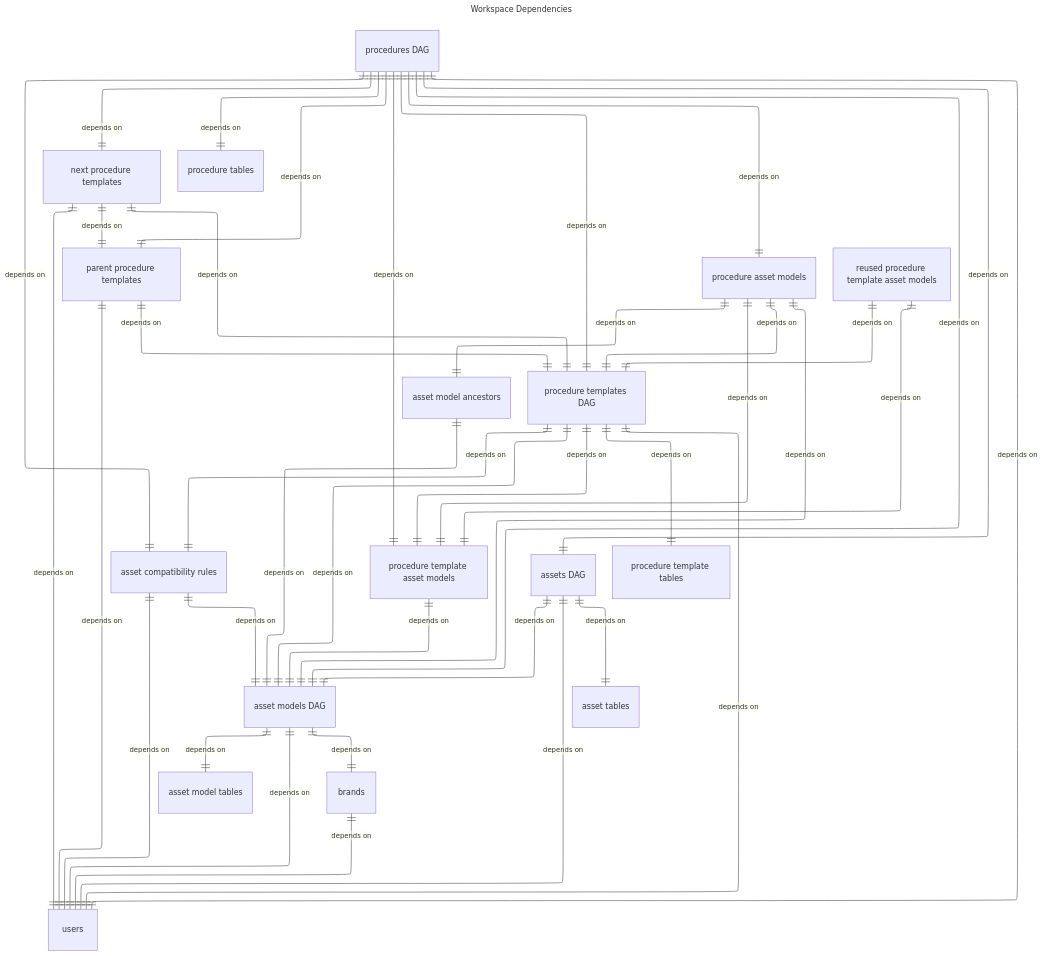
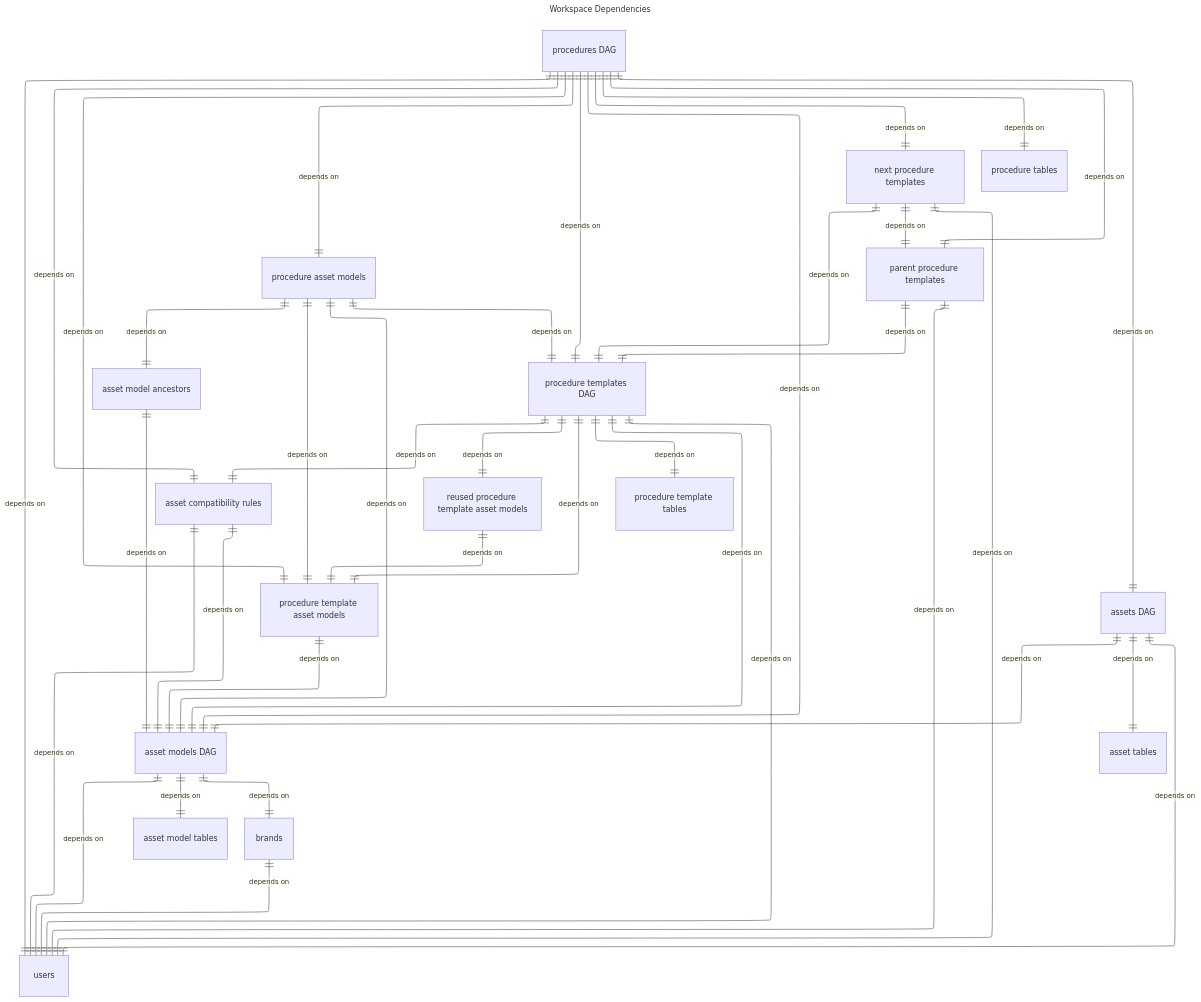
The diagram in builder/workspace_dependencies.mmd (earth-metabolome-initiative/asset-procedure-schema), drawn with Mermaid before and after one commit. The commit also changed 51 other files, not shown here.

```diff
--- a/builder/workspace_dependencies.mmd
+++ b/builder/workspace_dependencies.mmd
@@ -1,63 +1,63 @@
 ---
 config:
   layout: elk
   theme: default
   look: classic
 title: Workspace Dependencies
 ---
 erDiagram
   direction TB
   v2["asset compatibility rules"]
   v3["asset model ancestors"]
   v4["asset model tables"]
   v5["asset models DAG"]
   v6["asset tables"]
   v7["assets DAG"]
   v13["brands"]
   v59["next procedure templates"]
   v63["parent procedure templates"]
   v71["procedure asset models"]
   v72["procedure tables"]
   v73["procedure template asset models"]
   v74["procedure template tables"]
   v75["procedure templates DAG"]
   v76["procedures DAG"]
   v77["reused procedure template asset models"]
   v86["users"]
   v75 ||--|| v73 : "depends on"
+  v75 ||--|| v77 : "depends on"
   v75 ||--|| v5 : "depends on"
   v76 ||--|| v75 : "depends on"
   v76 ||--|| v71 : "depends on"
   v76 ||--|| v73 : "depends on"
   v76 ||--|| v5 : "depends on"
   v76 ||--|| v7 : "depends on"
   v2 ||--|| v5 : "depends on"
   v2 ||--|| v86 : "depends on"
   v3 ||--|| v5 : "depends on"
   v5 ||--|| v4 : "depends on"
   v5 ||--|| v86 : "depends on"
   v7 ||--|| v5 : "depends on"
   v7 ||--|| v6 : "depends on"
   v7 ||--|| v86 : "depends on"
   v75 ||--|| v2 : "depends on"
   v76 ||--|| v2 : "depends on"
   v13 ||--|| v86 : "depends on"
   v5 ||--|| v13 : "depends on"
   v59 ||--|| v63 : "depends on"
   v59 ||--|| v75 : "depends on"
   v59 ||--|| v86 : "depends on"
   v63 ||--|| v75 : "depends on"
   v63 ||--|| v86 : "depends on"
   v71 ||--|| v3 : "depends on"
   v71 ||--|| v5 : "depends on"
   v71 ||--|| v73 : "depends on"
   v71 ||--|| v75 : "depends on"
   v73 ||--|| v5 : "depends on"
   v75 ||--|| v74 : "depends on"
   v75 ||--|| v86 : "depends on"
   v76 ||--|| v59 : "depends on"
   v76 ||--|| v63 : "depends on"
   v76 ||--|| v72 : "depends on"
   v76 ||--|| v86 : "depends on"
   v77 ||--|| v73 : "depends on"
-  v77 ||--|| v75 : "depends on"
```
